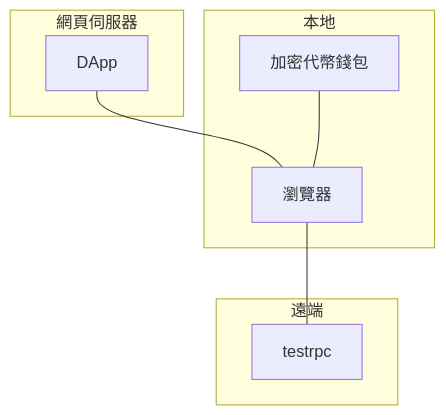
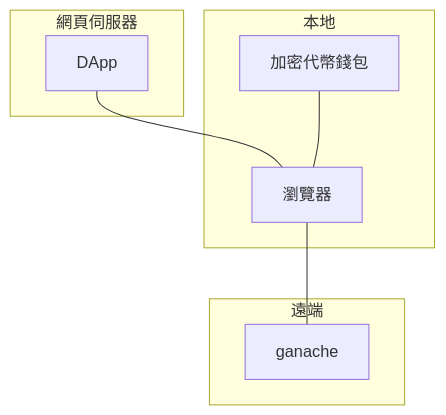
Before and after one commit to gasolin/learndapp: the diagram in create-first-dapp.md, drawn with Mermaid. The commit also changed other lines of this file and 10 other files, not shown here.

```diff
--- a/create-first-dapp.md
+++ b/create-first-dapp.md
@@ -12,14 +12,14 @@
 {% mermaid %}
 graph TB
-瀏覽器 --- testrpc
+瀏覽器 --- ganache
 DApp --- 瀏覽器
 subgraph  網頁伺服器
     DApp
 end
 subgraph  本地
     加密代幣錢包  --- 瀏覽器
 end
 subgraph  遠端
-    testrpc
+    ganache
 end
 {% endmermaid %}
```
